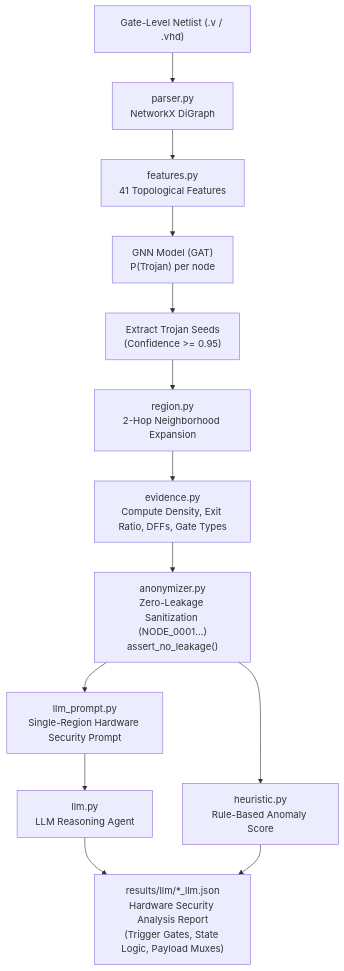
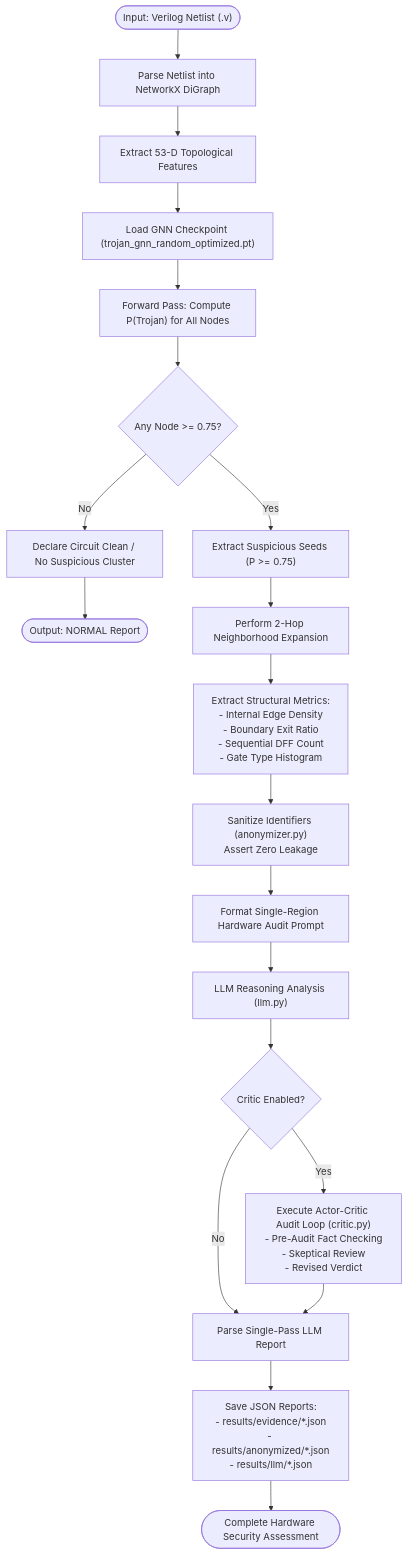
One commit to Daksh-jain23/Hardware-Trojan-Detection changed the second of 7 diagrams in Readme.md. Above: the diagram before and after it, drawn with Mermaid. The commit also changed other lines of this file and 327 other files, not shown here.

````diff
--- a/Readme.md
+++ b/Readme.md
@@ -18,19 +160,28 @@
 ```mermaid
 flowchart TD
-    Netlist["Gate-Level Netlist (.v / .vhd)"] --> Parser["parser.py<br>NetworkX DiGraph"]
-    Parser --> Feat["features.py<br>41 Topological Features"]
-    Feat --> GNN["GNN Model (GAT)<br>P(Trojan) per node"]
+    Start(["Input: Verilog Netlist (.v)"]) --> ParseNetlist["Parse Netlist into NetworkX DiGraph"]
+    ParseNetlist --> ExtractFeats["Extract 53-D Topological Features"]
+    ExtractFeats --> LoadGNN["Load GNN Checkpoint (trojan_gnn_random_optimized.pt)"]
+    LoadGNN --> InferGNN["Forward Pass: Compute P(Trojan) for All Nodes"]
     
-    GNN --> SeedFilter["Extract Trojan Seeds<br>(Confidence >= 0.95)"]
-    SeedFilter --> Khop["region.py<br>2-Hop Neighborhood Expansion"]
+    InferGNN --> ThresholdCheck{"Any Node >= 0.75?"}
+    ThresholdCheck -- No --> FlagClean["Declare Circuit Clean / No Suspicious Cluster"]
+    FlagClean --> EndClean(["Output: NORMAL Report"])
     
-    Khop --> Evid["evidence.py<br>Compute Density, Exit Ratio, DFFs, Gate Types"]
-    Evid --> Anon["anonymizer.py<br>Zero-Leakage Sanitization (NODE_0001...)<br>assert_no_leakage()"]
+    ThresholdCheck -- Yes --> ExtractSeeds["Extract Suspicious Seeds (P >= 0.75)"]
+    ExtractSeeds --> ExpandKhop["Perform 2-Hop Neighborhood Expansion"]
+    ExpandKhop --> ComputeEvidence["Extract Structural Metrics:<br>- Internal Edge Density<br>- Boundary Exit Ratio<br>- Sequential DFF Count<br>- Gate Type Histogram"]
     
-    Anon --> Heur["heuristic.py<br>Rule-Based Anomaly Score"]
-    Anon --> Prompt["llm_prompt.py<br>Single-Region Hardware Security Prompt"]
+    ComputeEvidence --> Anonymize["Sanitize Identifiers (anonymizer.py)<br>Assert Zero Leakage"]
+    Anonymize --> BuildPrompt["Format Single-Region Hardware Audit Prompt"]
     
-    Prompt --> LLM["llm.py<br>LLM Reasoning Agent"]
-    LLM --> Report["results/llm/*_llm.json<br>Hardware Security Analysis Report<br>(Trigger Gates, State Logic, Payload Muxes)"]
-    Heur --> Report
+    BuildPrompt --> LLMInfer["LLM Reasoning Analysis (llm.py)"]
+    LLMInfer --> CriticLoop{"Critic Enabled?"}
+    
+    CriticLoop -- Yes --> RunCritic["Execute Actor-Critic Audit Loop (critic.py)<br>- Pre-Audit Fact Checking<br>- Skeptical Review<br>- Revised Verdict"]
+    CriticLoop -- No --> ParseOutput["Parse Single-Pass LLM Report"]
+    RunCritic --> ParseOutput
+    
+    ParseOutput --> SaveReports["Save JSON Reports:<br>- results/evidence/*.json<br>- results/anonymized/*.json<br>- results/llm/*.json"]
+    SaveReports --> EndReport(["Complete Hardware Security Assessment"])
 ```
````
